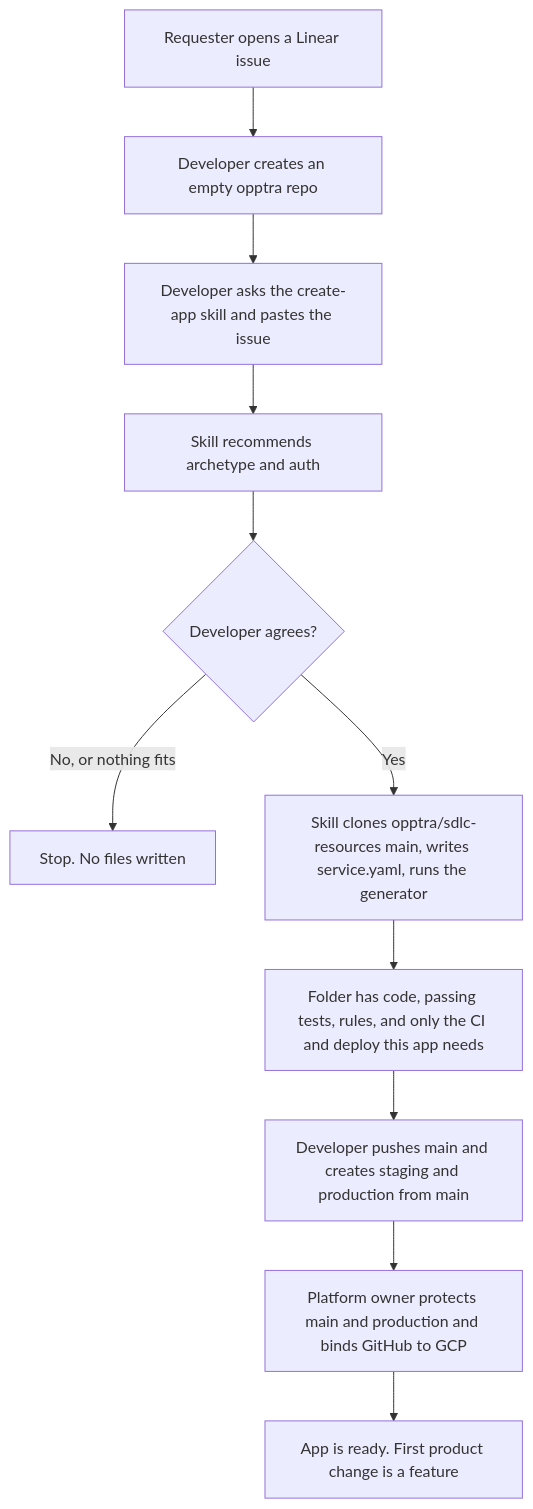
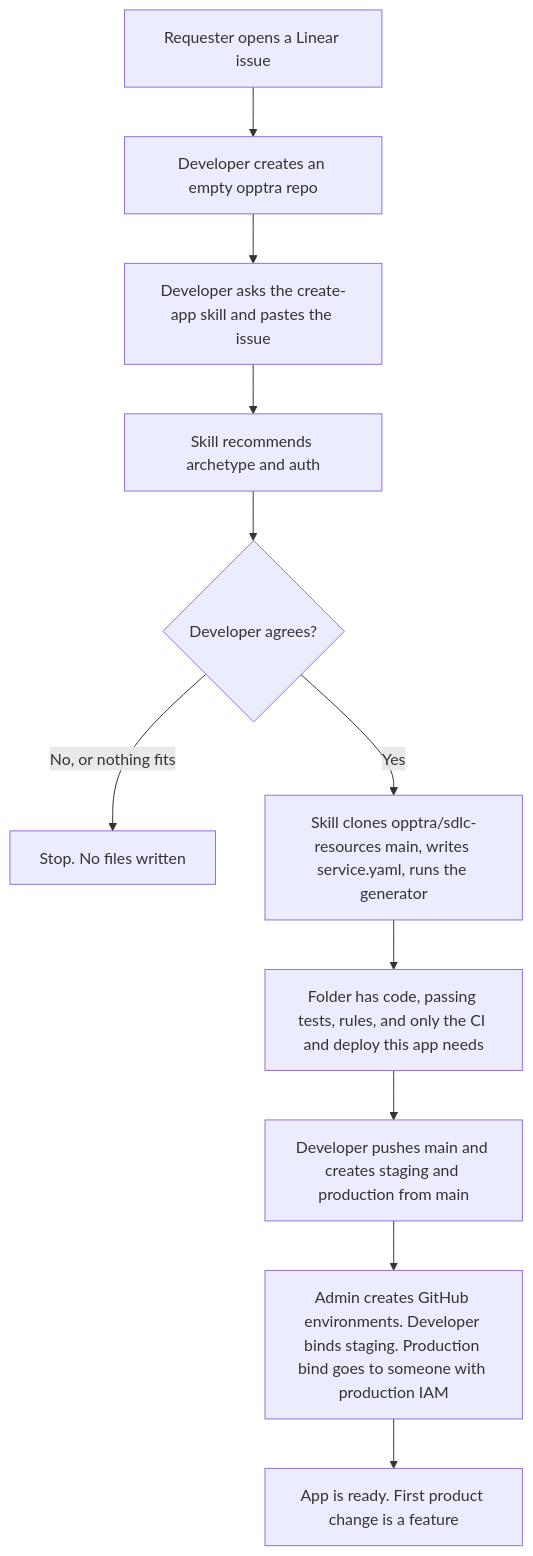
One commit to opptra/sdlc-resources changed the first of 3 diagrams in docs/workflows.md. Above: the diagram before and after it, drawn with Mermaid. The commit also changed other lines of this file and 22 other files, not shown here.

First line of the commit message:
Split repository binding into staging and production scripts.

````diff
--- a/docs/workflows.md
+++ b/docs/workflows.md
@@ -41,13 +45,13 @@
 ```mermaid
 flowchart TD
   A[Requester opens a Linear issue] --> B[Developer creates an empty opptra repo]
   B --> C[Developer asks the create-app skill and pastes the issue]
   C --> D[Skill recommends archetype and auth]
   D --> E{Developer agrees?}
   E -->|No, or nothing fits| F[Stop. No files written]
   E -->|Yes| G[Skill clones opptra/sdlc-resources main, writes service.yaml, runs the generator]
   G --> H[Folder has code, passing tests, rules, and only the CI and deploy this app needs]
   H --> I[Developer pushes main and creates staging and production from main]
-  I --> J[Platform owner protects main and production and binds GitHub to GCP]
+  I --> J[Admin creates GitHub environments. Developer binds staging. Production bind goes to someone with production IAM]
   J --> K[App is ready. First product change is a feature]
 ```
````
